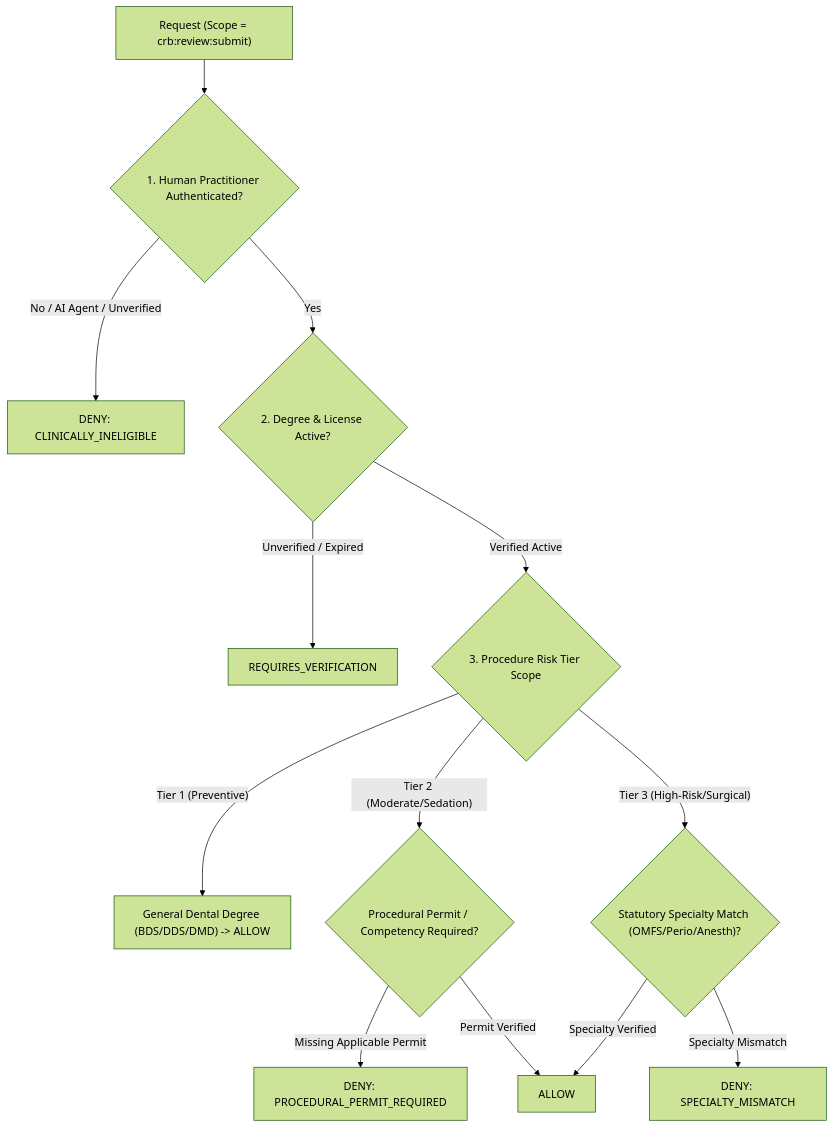
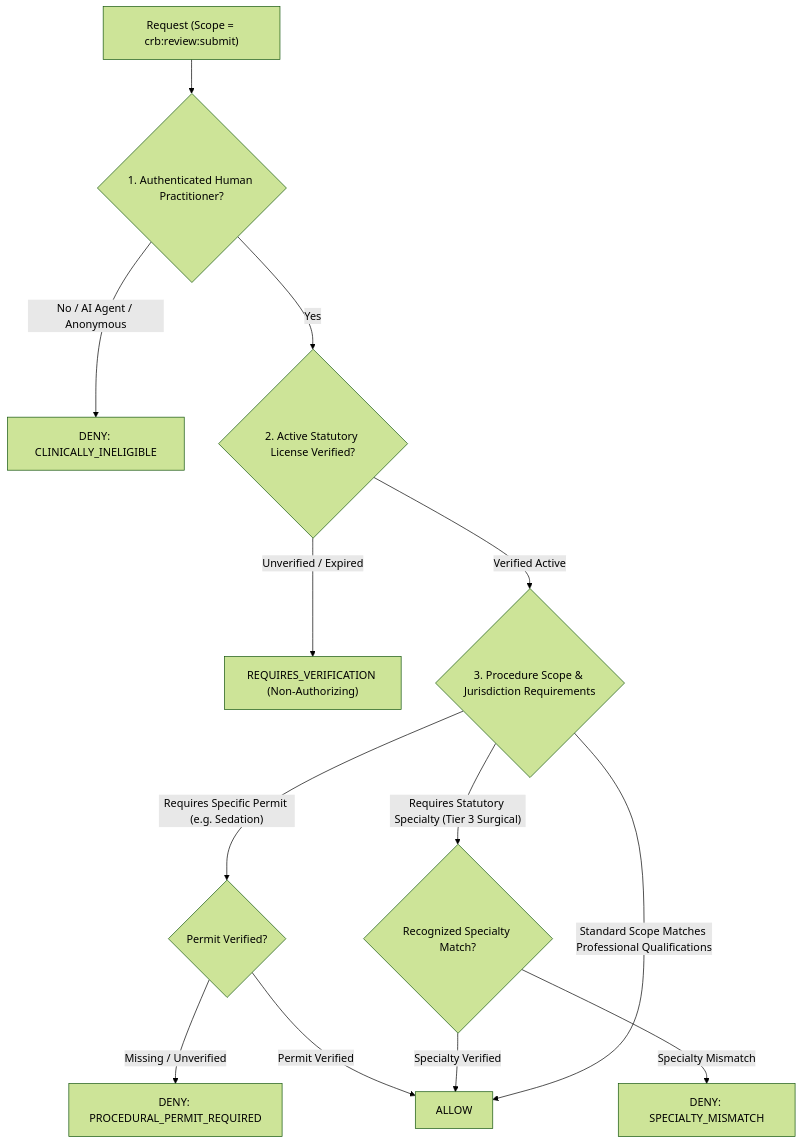
One commit to hariiii8/DentalVis changed the second of 3 diagrams in docs/architecture/M6_1_3_GOVERNANCE_AUTHORIZATION_SERVICE_PLAN.md. Above: the diagram before and after it, drawn with Mermaid (forest theme). The commit also changed other lines of this file, not shown here.

````diff
--- a/docs/architecture/M6_1_3_GOVERNANCE_AUTHORIZATION_SERVICE_PLAN.md
+++ b/docs/architecture/M6_1_3_GOVERNANCE_AUTHORIZATION_SERVICE_PLAN.md
@@ -226,19 +256,19 @@
 ```mermaid
 flowchart TD
-    Req["Request (Scope = crb:review:submit)"] --> HCheck{"1. Human Practitioner Authenticated?"}
-    HCheck -- "No / AI Agent / Unverified" --> DenyAI["DENY: CLINICALLY_INELIGIBLE"]
-    HCheck -- "Yes" --> QCheck{"2. Degree & License Active?"}
+    Req["Request (Scope = crb:review:submit)"] --> HCheck{"1. Authenticated Human Practitioner?"}
+    HCheck -- "No / AI Agent / Anonymous" --> DenyAI["DENY: CLINICALLY_INELIGIBLE"]
+    HCheck -- "Yes" --> QCheck{"2. Active Statutory License Verified?"}
     
-    QCheck -- "Unverified / Expired" --> ReqVerif["REQUIRES_VERIFICATION"]
-    QCheck -- "Verified Active" --> TCheck{"3. Procedure Risk Tier Scope"}
+    QCheck -- "Unverified / Expired" --> ReqVerif["REQUIRES_VERIFICATION (Non-Authorizing)"]
+    QCheck -- "Verified Active" --> ScopeCheck{"3. Procedure Scope & Jurisdiction Requirements"}
     
-    TCheck -- "Tier 1 (Preventive)" --> ScopeT1["General Dental Degree (BDS/DDS/DMD) -> ALLOW"]
-    TCheck -- "Tier 2 (Moderate/Sedation)" --> ScopeT2{"Procedural Permit / Competency Required?"}
-    TCheck -- "Tier 3 (High-Risk/Surgical)" --> ScopeT3{"Statutory Specialty Match (OMFS/Perio/Anesth)?"}
+    ScopeCheck -- "Requires Specific Permit (e.g. Sedation)" --> PermitCheck{"Permit Verified?"}
+    PermitCheck -- "Missing / Unverified" --> DenyPermit["DENY: PROCEDURAL_PERMIT_REQUIRED"]
+    PermitCheck -- "Permit Verified" --> Allow["ALLOW"]
     
-    ScopeT2 -- "Missing Applicable Permit" --> DenyPermit["DENY: PROCEDURAL_PERMIT_REQUIRED"]
-    ScopeT2 -- "Permit Verified" --> Allow["ALLOW"]
+    ScopeCheck -- "Requires Statutory Specialty (Tier 3 Surgical)" --> SpecCheck{"Recognized Specialty Match?"}
+    SpecCheck -- "Specialty Mismatch" --> DenySpec["DENY: SPECIALTY_MISMATCH"]
+    SpecCheck -- "Specialty Verified" --> Allow
     
-    ScopeT3 -- "Specialty Mismatch" --> DenySpec["DENY: SPECIALTY_MISMATCH"]
-    ScopeT3 -- "Specialty Verified" --> Allow
+    ScopeCheck -- "Standard Scope Matches Professional Qualifications" --> Allow
 ```
````
